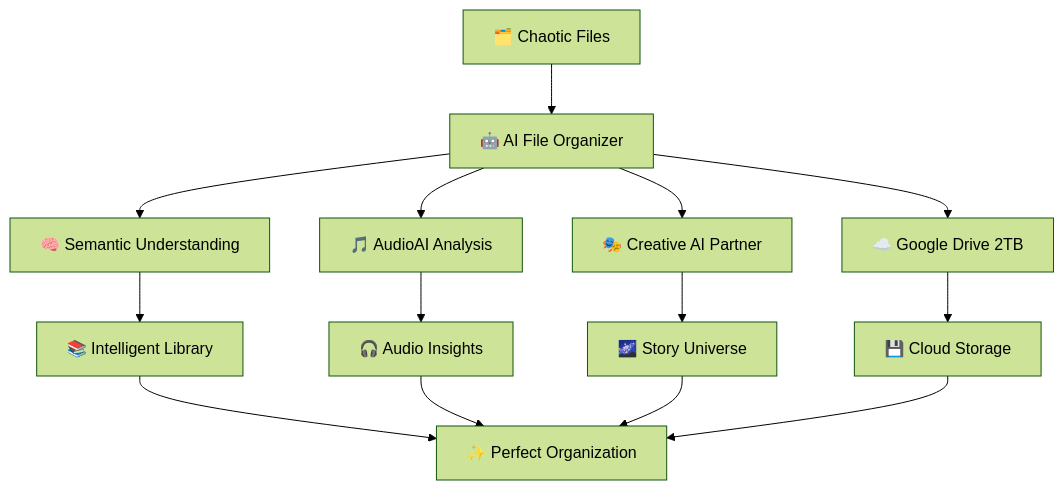
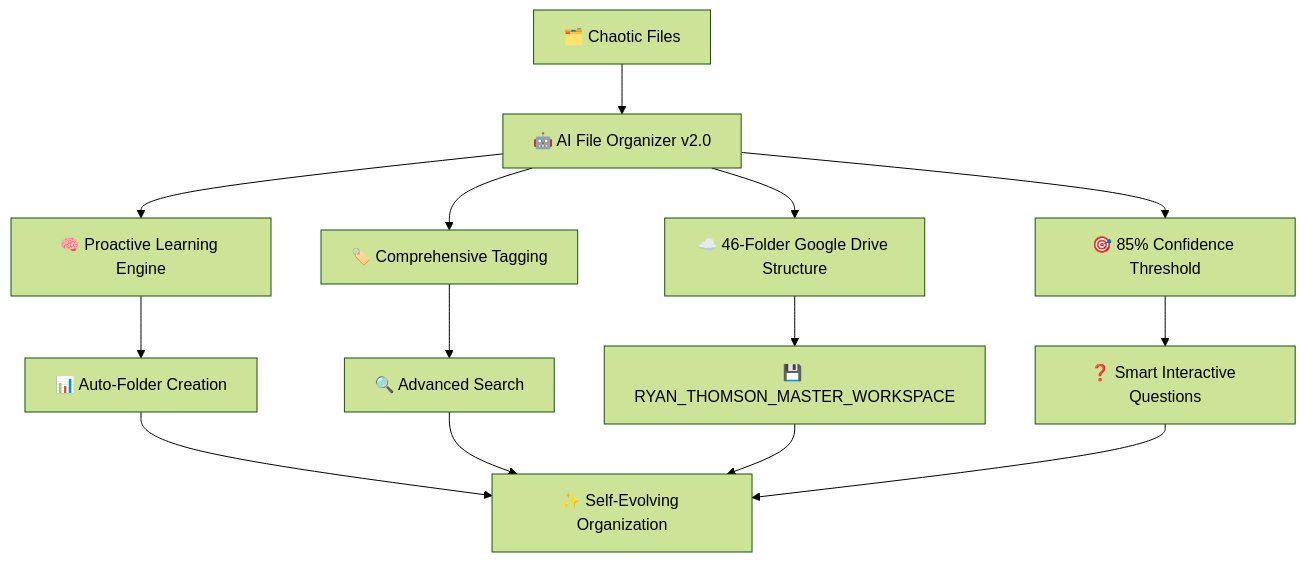
Before and after one commit to thebearwithabite/ai-file-organizer: the first of 12 diagrams in README.md, drawn with Mermaid (forest theme). The commit also changed other lines of this file and 7 other files, not shown here.

````diff
--- a/README.md
+++ b/README.md
@@ -26,18 +26,18 @@
 ```mermaid
 graph TB
-    A[🗂️ Chaotic Files] --> B[🤖 AI File Organizer]
-    B --> C[🧠 Semantic Understanding]
-    B --> D[🎵 AudioAI Analysis]
-    B --> E[🎭 Creative AI Partner]
-    B --> F[☁️ Google Drive 2TB]
+    A[🗂️ Chaotic Files] --> B[🤖 AI File Organizer v2.0]
+    B --> C[🧠 Proactive Learning Engine]
+    B --> D[🏷️ Comprehensive Tagging]
+    B --> E[☁️ 46-Folder Google Drive Structure]
+    B --> F[🎯 85% Confidence Threshold]
     
-    C --> G[📚 Intelligent Library]
-    D --> H[🎧 Audio Insights]
-    E --> I[🌌 Story Universe]
-    F --> J[💾 Cloud Storage]
+    C --> G[📊 Auto-Folder Creation]
+    D --> H[🔍 Advanced Search]
+    E --> I[💾 RYAN_THOMSON_MASTER_WORKSPACE]
+    F --> J[❓ Smart Interactive Questions]
     
-    G --> K[✨ Perfect Organization]
+    G --> K[✨ Self-Evolving Organization]
     H --> K
     I --> K
     J --> K
 ```
````
